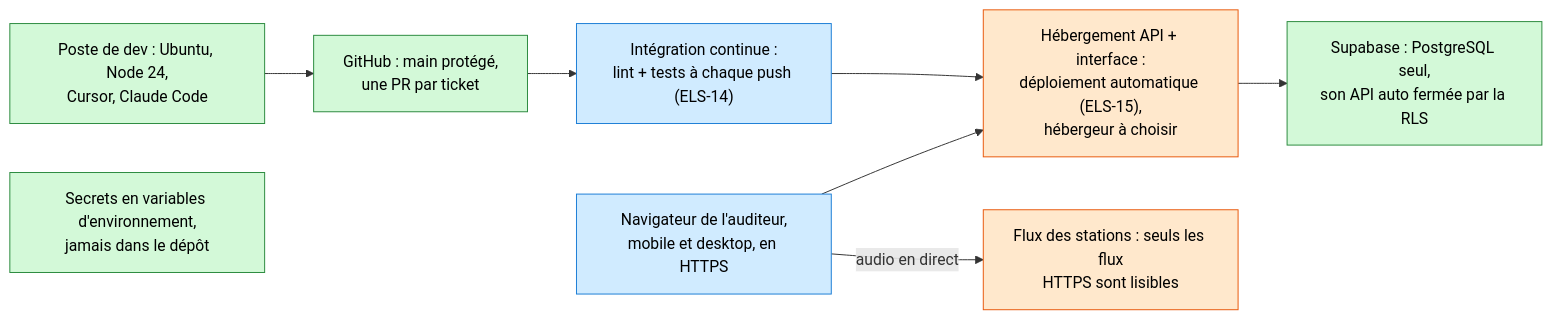
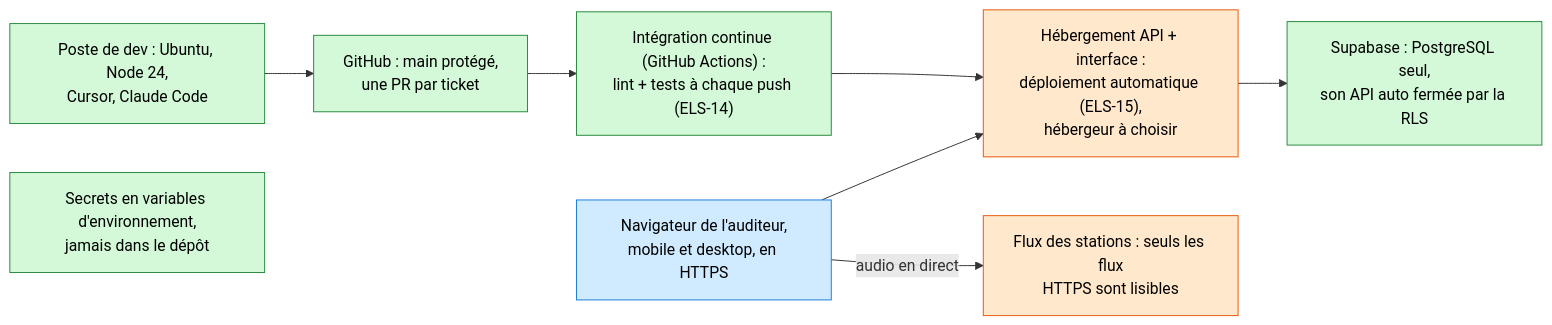
One commit to gvlaurent/elsewhere changed the fourth of 7 diagrams in docs/architecture.md. Above: the diagram before and after it, drawn with Mermaid. The commit also changed other lines of this file and 5 other files, not shown here.

First line of the commit message:
ci: lance lint, tests et construction à chaque push avec GitHub Actions (ELS-14) (#31)

````diff
--- a/docs/architecture.md
+++ b/docs/architecture.md
@@ -113,19 +113,19 @@
 ```mermaid
 flowchart LR
     T1["Poste de dev : Ubuntu, Node 24,<br/>Cursor, Claude Code"]:::code
     T2["GitHub : main protégé,<br/>une PR par ticket"]:::code
-    T3["Intégration continue :<br/>lint + tests à chaque push (ELS-14)"]:::decide
+    T3["Intégration continue (GitHub Actions) :<br/>lint + tests à chaque push (ELS-14)"]:::code
     T4["Hébergement API + interface :<br/>déploiement automatique (ELS-15),<br/>hébergeur à choisir"]:::trancher
     T5["Supabase : PostgreSQL seul,<br/>son API auto fermée par la RLS"]:::code
     T6["Secrets en variables d'environnement,<br/>jamais dans le dépôt"]:::code
     T7["Navigateur de l'auditeur,<br/>mobile et desktop, en HTTPS"]:::decide
     T8["Flux des stations : seuls les flux<br/>HTTPS sont lisibles"]:::trancher
 
     T1 --> T2 --> T3 --> T4 --> T5
     T7 --> T4
     T7 -- "audio en direct" --> T8
 
     classDef code fill:#d3f9d8,stroke:#2b8a3e,color:#000
     classDef decide fill:#d0ebff,stroke:#1c7ed6,color:#000
     classDef trancher fill:#ffe8cc,stroke:#e8590c,color:#000
 ```
````
